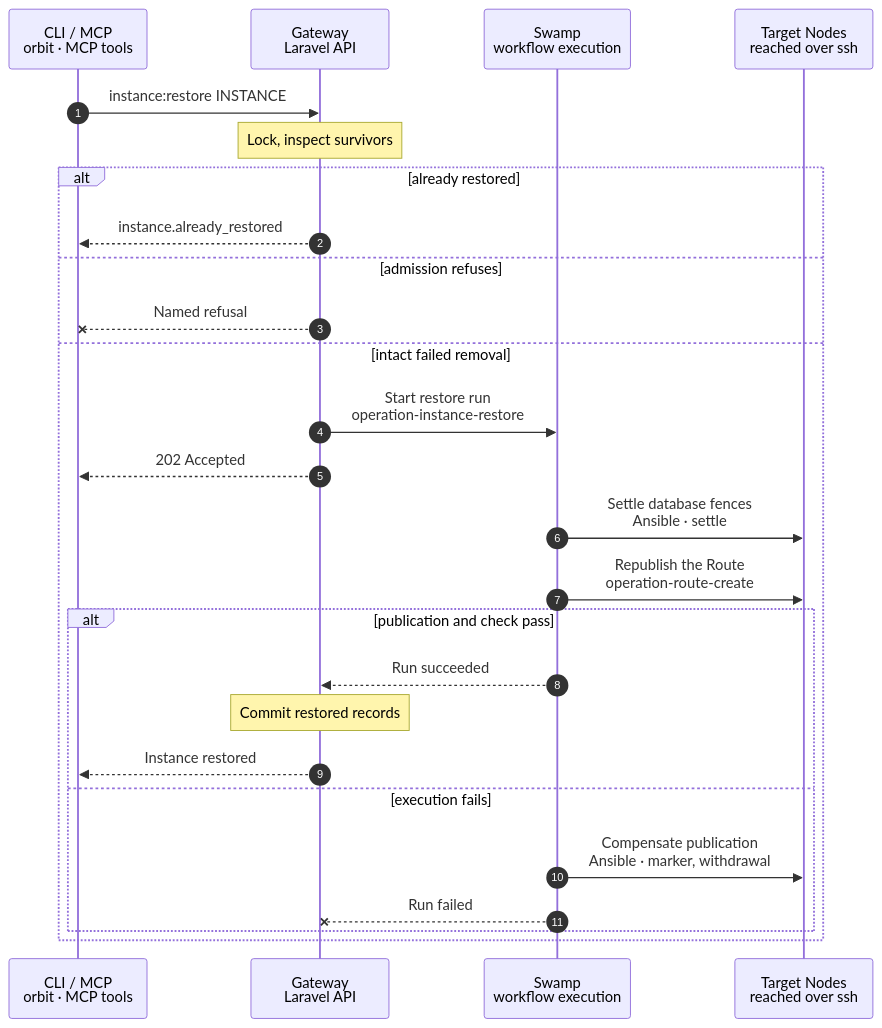
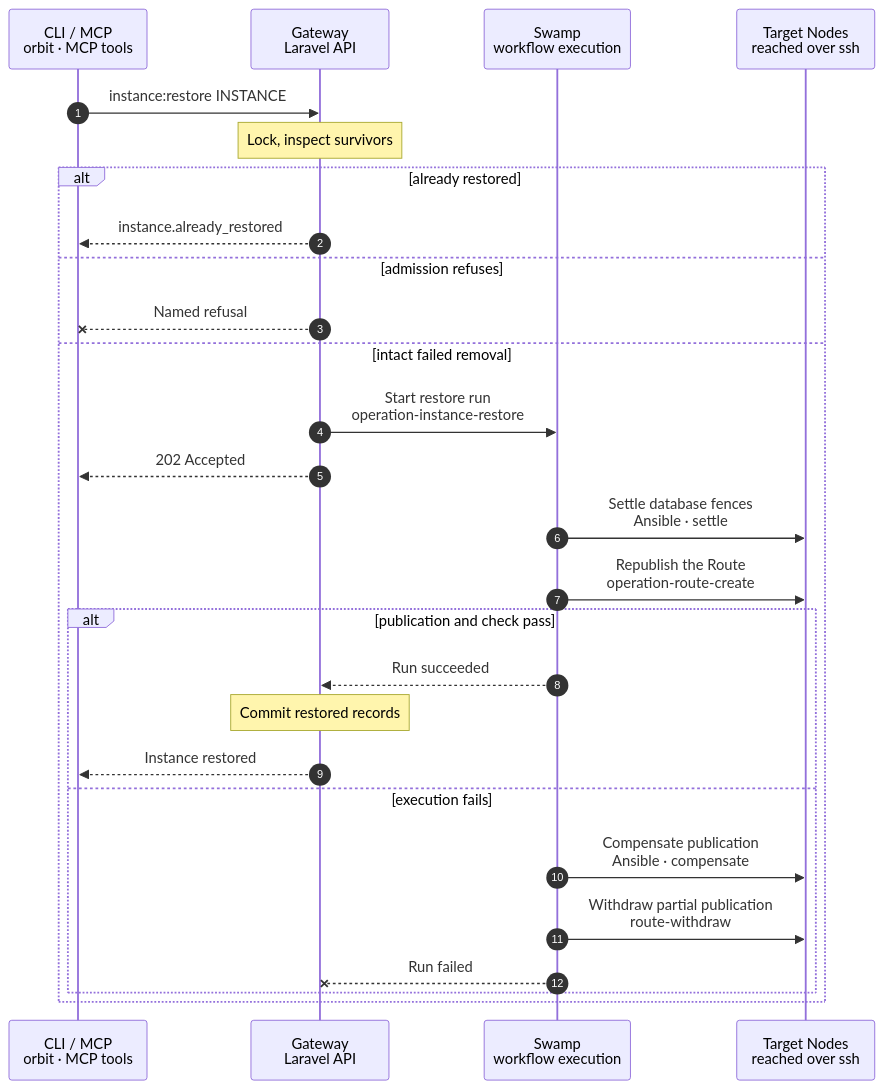
One commit to hardimpactdev/orbit changed the diagram in docs/cli/instance/restore.mmd. Above: the diagram before and after it, drawn with Mermaid. The commit also changed 32 other files, not shown here.

```diff
--- a/docs/cli/instance/restore.mmd
+++ b/docs/cli/instance/restore.mmd
@@ -1,78 +1,81 @@
 sequenceDiagram
   %% Target design: abandon only an intact failed development Instance removal.
   %% Tightened: admission evidence, exact fence settlement, shared Route create children, compensation before hold release.
   %% status: draft
   %% command: instance:restore
   %% kind: instance.restore
   autonumber
   %% lane CLI icon=terminal pill=caller tone=gray
   %% lane GW icon=gateway pill=intent tone=blue
   %% lane SW icon=workflow pill=executes tone=green
   %% lane N icon=server pill=target tone=amber
   participant CLI as CLI / MCP<br/>orbit · MCP tools
   participant GW as Gateway<br/>Laravel API
   participant SW as Swamp<br/>workflow execution
   participant N as Target Nodes<br/>reached over ssh
   CLI->>GW: instance:restore INSTANCE
   %%> Input:
   %%> - the numeric development Instance ID
   Note over GW: Lock, inspect survivors
   %%> Requirements:
   %%> - lock the Instance, removal, databases and Route publication
   %%> - the latest live removal failed and all its native runs conclusively stopped
   %%> - no queued, running or waiting lifecycle, Process or Schedule work
   %%> - one bounded source read proves checkout, workspace and Git identity
   %%> - an admin catalog read proves every planned database, user and ownership
   alt already restored
     %% path: already-restored
     GW-->>CLI: instance.already_restored
     %%> Result:
     %%> - verify the successful restoration receipt and current active records; return the stable skip
   else admission refuses
     %% path: refused
     GW--xCLI: Named refusal
     %%> Result:
     %%> - identify the missing resource, irreversible step or drift; no restore Operation or publication
   else intact failed removal
     %% path: main
     GW->>SW: Start restore run<br/>operation-instance-restore
     %%> Captures:
     %%> - this removal's own verified journal rows, Route and targets
     %%> - keep the Instance removing and the removal failed/live
     %%> - keep publication holds until terminal compensation settles
     GW-->>CLI: 202 Accepted
     %%> Result:
     %%> - follow the instance.restore Operation
     SW->>N: Settle database fences<br/>Ansible · settle
     %%> What it does:
     %%> - delete only captured matching name, OID and allow-connections rows; already absent succeeds
     %%> - refuse identity or admission drift; no ALTER and no schema-wide delete
     SW->>N: Republish the Route<br/>operation-route-create
     %%> What it does:
     %%> - reuse the CSR, sign, site, TLS and DNS children with the same Route, targets and domain
     %%> - the existing site phase writes only the awake marker
     %%> - TLS publication and its check complete before active records
     alt publication and check pass
       %% path: restored
       SW-->>GW: Run succeeded
       %%> Result:
       %%> - project only the bound terminal run
       Note over GW: Commit restored records
       %%> Result:
       %%> - in one transaction: members abandoned_at, removal abandoned with step/error fields cleared, Instance active and Route active/published
       %%> - preserve removal inventory, deletion receipts and old failed Operations
       GW-->>CLI: Instance restored
       %%> Result:
       %%> - a later destroy captures a fresh identity and inventory
     else execution fails
       %% path: failed
-      SW->>N: Compensate publication<br/>Ansible · marker, withdrawal
+      SW->>N: Compensate publication<br/>Ansible · compensate
       %%> What it does:
-      %%> - remove a newly written awake marker and withdraw a partial site and DNS before releasing publication holds
+      %%> - remove only a newly written awake marker
+      SW->>N: Withdraw partial publication<br/>route-withdraw
+      %%> What it does:
+      %%> - withdraw a partial site and DNS before releasing publication holds
       %%> - preserve checkout, databases and completed fence settlement
       SW--xGW: Run failed
       %%> Result:
       %%> - Instance removing, removal failed/live and restore Operation failed
       %%> - expose compensation failure; a fresh restore attempt is repeatable
     end
   end
```
